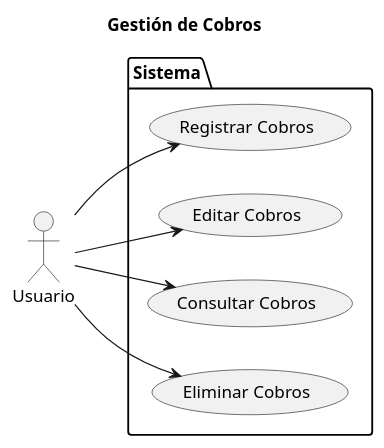
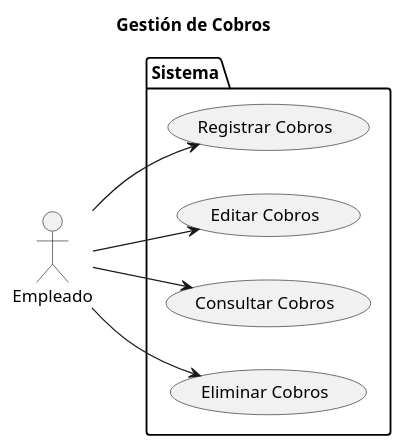
Before and after one commit to marcelolezcanodev/GarageGuru: the diagram in Diagramas/caso_de_uso_Cobros.plantuml, drawn with PlantUML. The commit also changed 17 other files, not shown here.

```diff
--- a/Diagramas/caso_de_uso_Cobros.plantuml
+++ b/Diagramas/caso_de_uso_Cobros.plantuml
@@ -1,23 +1,23 @@
-@startuml usuario
+@startuml CU_Cobros
 
 left to right direction
 
 title Gestión de Cobros
 
-actor Usuario as User
+actor Empleado as User
 
 package Sistema {
 
     USECASE "Registrar Cobros" as UC_Registrar
     USECASE "Editar Cobros" as UC_Editar
     USECASE "Consultar Cobros" as UC_Consultar
     USECASE "Eliminar Cobros" as UC_Eliminar
 
 }
 
 User --> UC_Registrar
 User --> UC_Editar
 User --> UC_Consultar
 User --> UC_Eliminar
 
 @enduml
```
